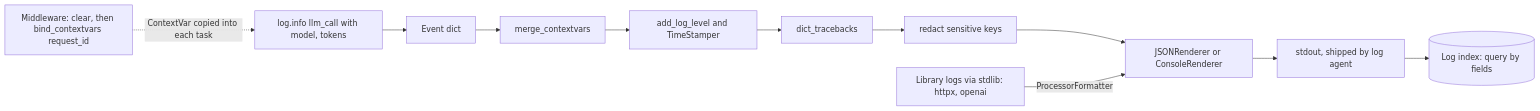
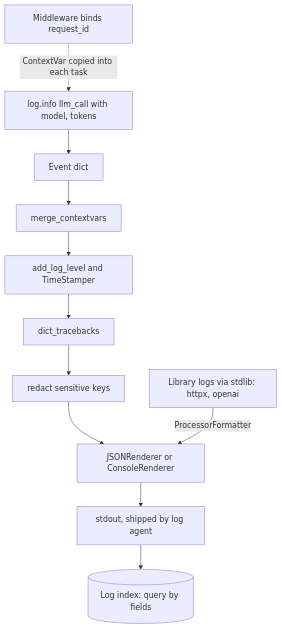
Before and after one commit to lovishmahajan97/agentic-learning: the diagram in content/python-for-ai/logging-structlog.md, drawn with Mermaid. The commit also changed other lines of this file and 81 other files, not shown here.

````diff
--- a/content/python-for-ai/logging-structlog.md
+++ b/content/python-for-ai/logging-structlog.md
@@ -148,13 +149,13 @@
 ```mermaid
-flowchart LR
-    M["Middleware: clear, then bind_contextvars request_id"] -.->|"ContextVar copied into each task"| C
+flowchart TD
+    M["Middleware binds request_id"] -.->|"ContextVar copied into each task"| C
     C["log.info llm_call with model, tokens"] --> E["Event dict"]
     E --> P1["merge_contextvars"]
     P1 --> P2["add_log_level and TimeStamper"]
     P2 --> P3["dict_tracebacks"]
     P3 --> P4["redact sensitive keys"]
     P4 --> R["JSONRenderer or ConsoleRenderer"]
     R --> O["stdout, shipped by log agent"]
     L["Library logs via stdlib: httpx, openai"] -->|"ProcessorFormatter"| R
     O --> Q[("Log index: query by fields")]
 ```
````
